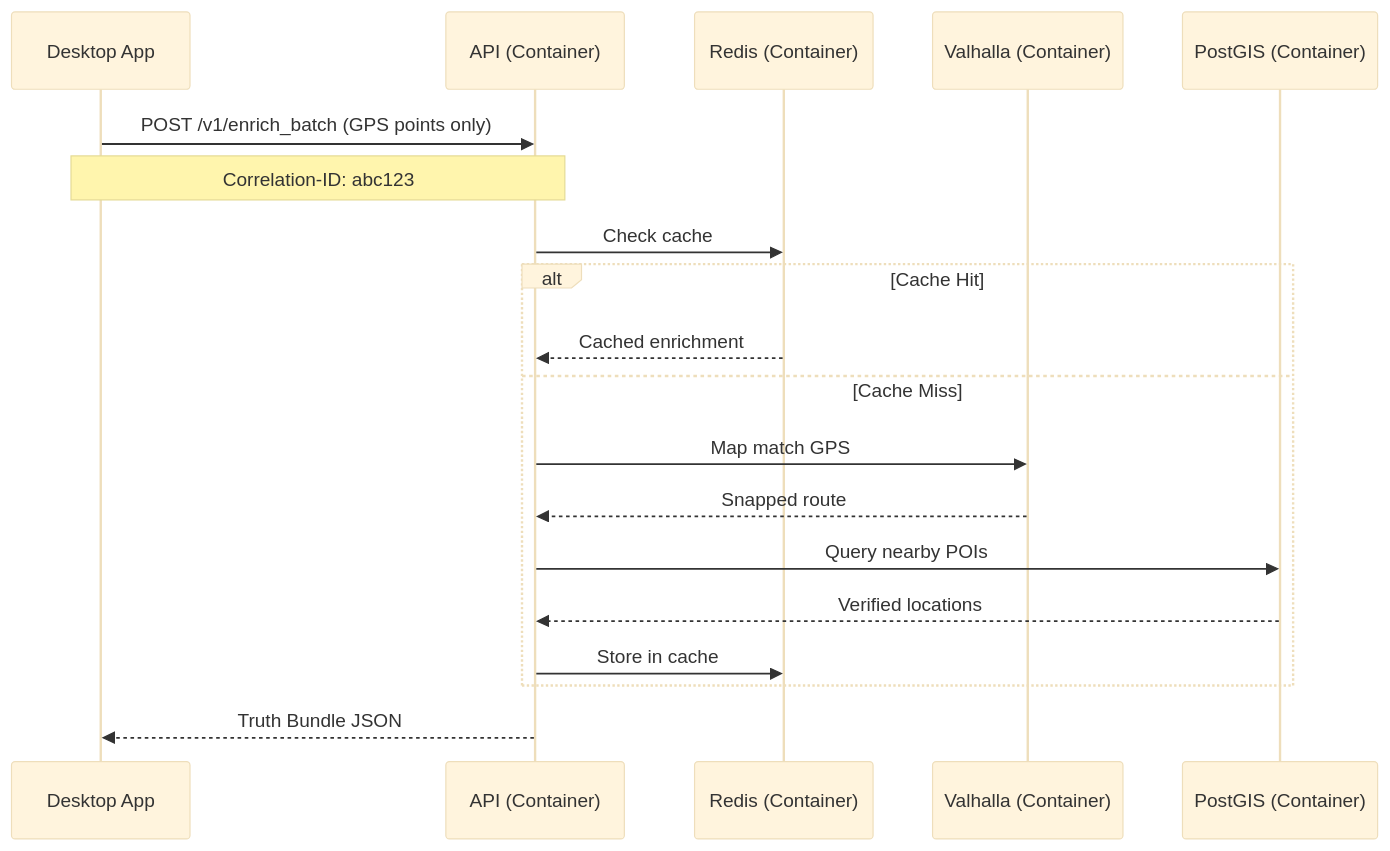
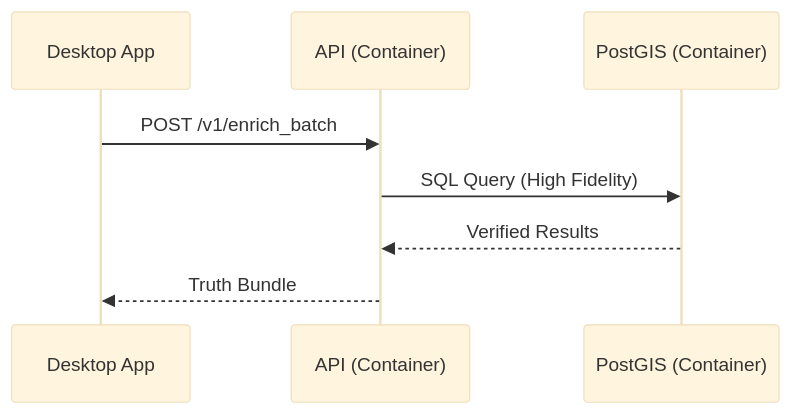
Before and after one commit to AndyK888/geotruth-narrative-engine: the second of 3 diagrams in docs/architecture/README.md, drawn with Mermaid (base theme). The commit also changed other lines of this file and 3 other files, not shown here.

First line of the commit message:
docs: architecture update for Hybrid Connectivity and Offline Mode

````diff
--- a/docs/architecture/README.md
+++ b/docs/architecture/README.md
@@ -100,24 +113,11 @@
 ```mermaid
 sequenceDiagram
     participant App as Desktop App
     participant API as API (Container)
-    participant Cache as Redis (Container)
-    participant Valhalla as Valhalla (Container)
-    participant PG as PostGIS (Container)
+    participant PostGIS as PostGIS (Container)
     
-    App->>API: POST /v1/enrich_batch (GPS points only)
-    Note over App,API: Correlation-ID: abc123
-    
-    API->>Cache: Check cache
-    alt Cache Hit
-        Cache-->>API: Cached enrichment
-    else Cache Miss
-        API->>Valhalla: Map match GPS
-        Valhalla-->>API: Snapped route
-        API->>PG: Query nearby POIs
-        PG-->>API: Verified locations
-        API->>Cache: Store in cache
-    end
-    
-    API-->>App: Truth Bundle JSON
+    App->>API: POST /v1/enrich_batch
+    API->>PostGIS: SQL Query (High Fidelity)
+    PostGIS-->>API: Verified Results
+    API-->>App: Truth Bundle
 ```
````
